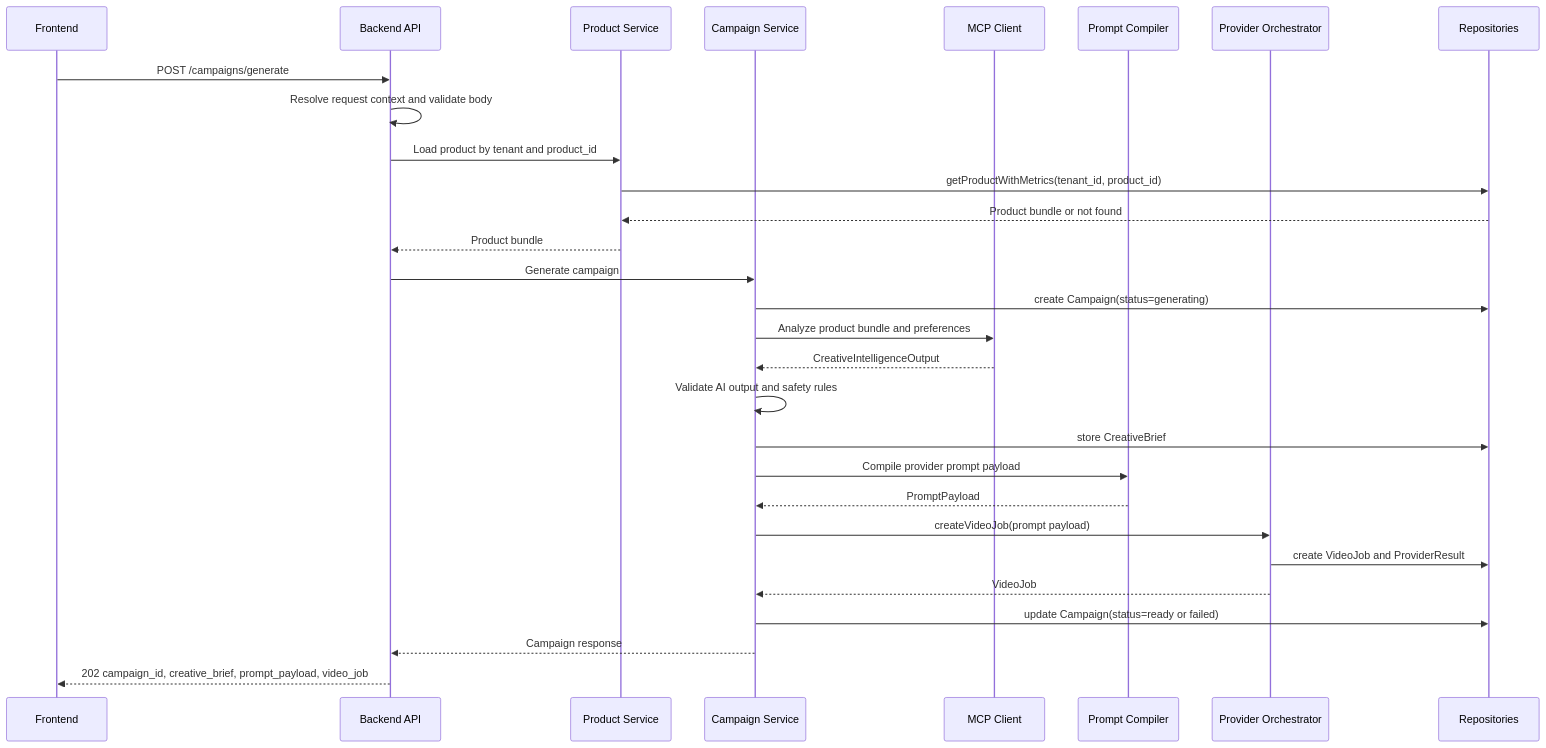
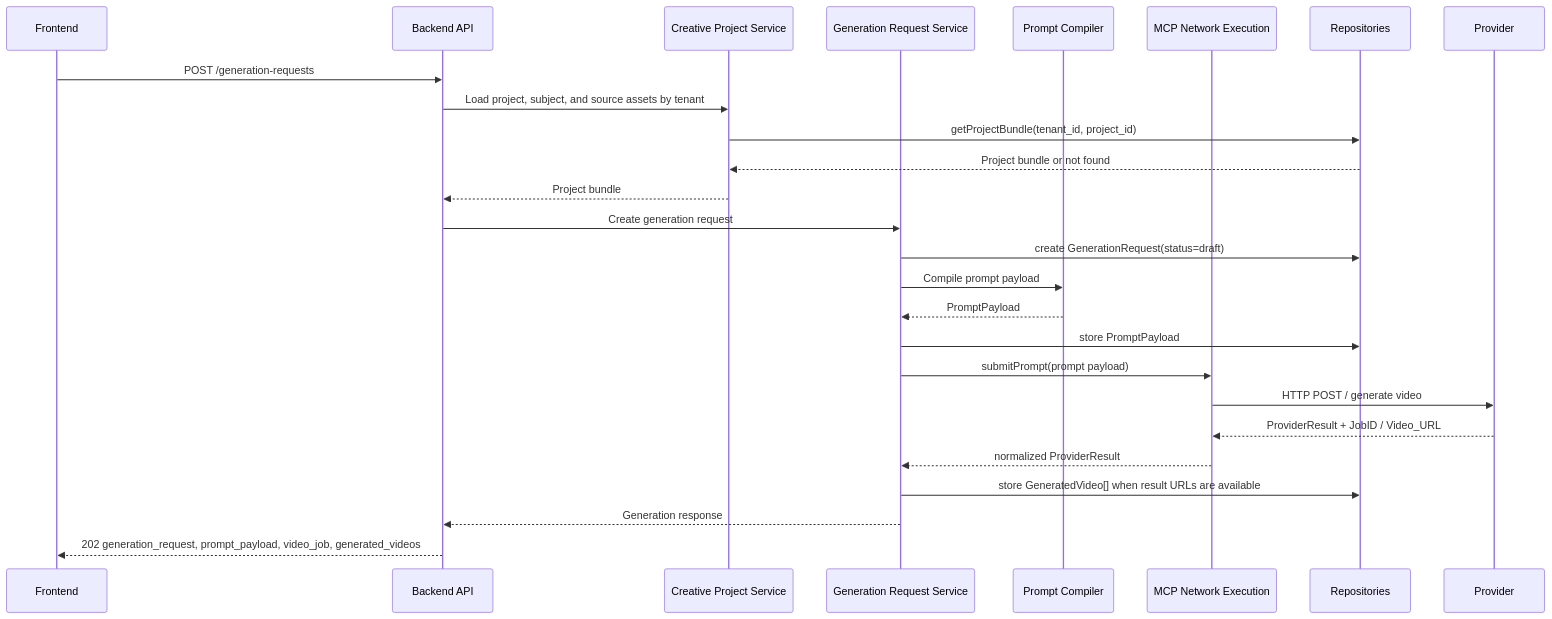
The diagram in docs/backend/backend-system-plan.md (M1ralai/Kastonom), drawn with Mermaid before and after one commit. The commit also changed other lines of this file and 29 other files, not shown here.

````diff
--- a/docs/backend/backend-system-plan.md
+++ b/docs/backend/backend-system-plan.md
@@ -310,32 +363,28 @@
 ```mermaid
 sequenceDiagram
   participant FE as Frontend
   participant API as Backend API
-  participant Product as Product Service
-  participant Campaign as Campaign Service
-  participant MCP as MCP Client
+  participant Project as Creative Project Service
+  participant Gen as Generation Request Service
   participant Compiler as Prompt Compiler
-  participant Provider as Provider Orchestrator
+  participant MCP as MCP Network Execution
   participant Repo as Repositories
 
-  FE->>API: POST /campaigns/generate
-  API->>API: Resolve request context and validate body
-  API->>Product: Load product by tenant and product_id
-  Product->>Repo: getProductWithMetrics(tenant_id, product_id)
-  Repo-->>Product: Product bundle or not found
-  Product-->>API: Product bundle
-  API->>Campaign: Generate campaign
-  Campaign->>Repo: create Campaign(status=generating)
-  Campaign->>MCP: Analyze product bundle and preferences
-  MCP-->>Campaign: CreativeIntelligenceOutput
-  Campaign->>Campaign: Validate AI output and safety rules
-  Campaign->>Repo: store CreativeBrief
-  Campaign->>Compiler: Compile provider prompt payload
-  Compiler-->>Campaign: PromptPayload
-  Campaign->>Provider: createVideoJob(prompt payload)
-  Provider->>Repo: create VideoJob and ProviderResult
-  Provider-->>Campaign: VideoJob
-  Campaign->>Repo: update Campaign(status=ready or failed)
-  Campaign-->>API: Campaign response
-  API-->>FE: 202 campaign_id, creative_brief, prompt_payload, video_job
+  FE->>API: POST /generation-requests
+  API->>Project: Load project, subject, and source assets by tenant
+  Project->>Repo: getProjectBundle(tenant_id, project_id)
+  Repo-->>Project: Project bundle or not found
+  Project-->>API: Project bundle
+  API->>Gen: Create generation request
+  Gen->>Repo: create GenerationRequest(status=draft)
+  Gen->>Compiler: Compile prompt payload
+  Compiler-->>Gen: PromptPayload
+  Gen->>Repo: store PromptPayload
+  Gen->>MCP: submitPrompt(prompt payload)
+  MCP->>Provider: HTTP POST / generate video
+  Provider-->>MCP: ProviderResult + JobID / Video_URL
+  MCP-->>Gen: normalized ProviderResult
+  Gen->>Repo: store GeneratedVideo[] when result URLs are available
+  Gen-->>API: Generation response
+  API-->>FE: 202 generation_request, prompt_payload, video_job, generated_videos
 ```
````
